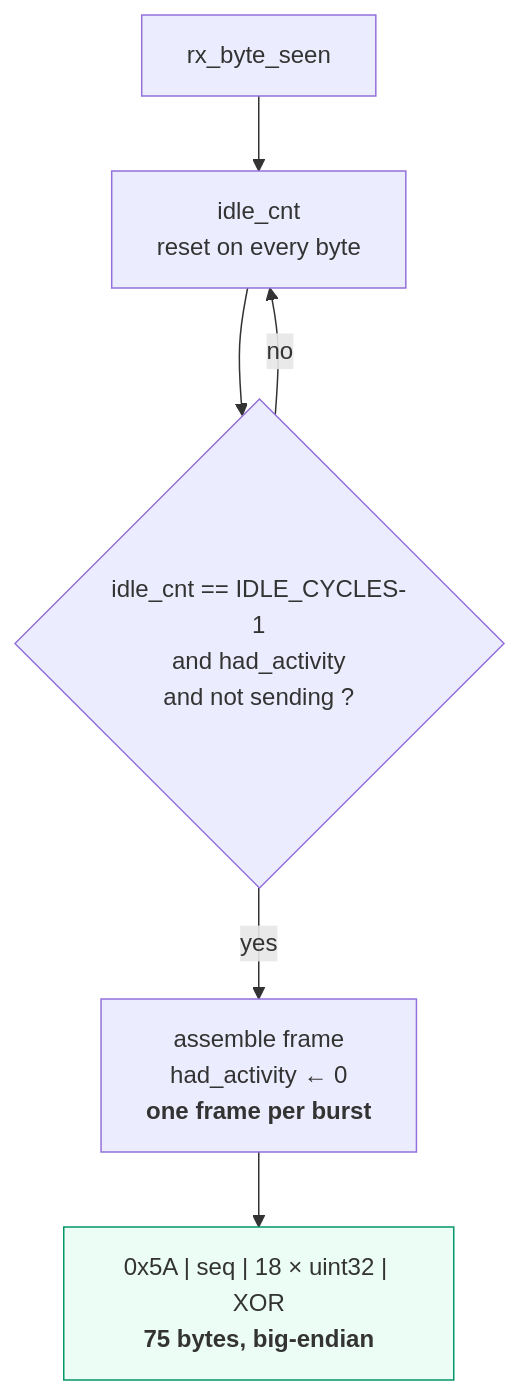
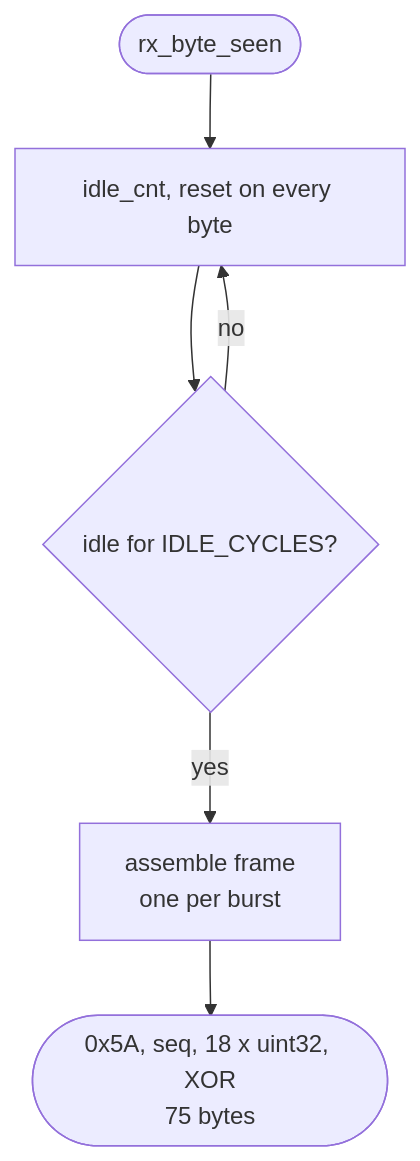
The fifth of 6 diagrams in docs/diagrams/io_uart.md (Rushmello369/fpga-feed-handler), drawn with Mermaid before and after one commit. The commit also changed other lines of this file and 12 other files, not shown here.

Commit message:
add diagrams for system and module architectures

````diff
--- a/docs/diagrams/io_uart.md
+++ b/docs/diagrams/io_uart.md
@@ -132,11 +95,8 @@
 ```mermaid
 flowchart TD
-    RX["rx_byte_seen"] --> TMR["idle_cnt<br/>reset on every byte"]
-    TMR --> Q{"idle_cnt == IDLE_CYCLES-1<br/>and had_activity<br/>and not sending ?"}
+    RX([rx_byte_seen]) --> TMR[idle_cnt, reset on every byte]
+    TMR --> Q{idle for IDLE_CYCLES?}
     Q -->|no| TMR
-    Q -->|yes| EMIT["assemble frame<br/>had_activity ← 0<br/><b>one frame per burst</b>"]
-    EMIT --> FR["0x5A | seq | 18 × uint32 | XOR<br/><b>75 bytes, big-endian</b>"]
-
-    classDef good fill:#ecfdf5,stroke:#059669
-    class FR good
+    Q -->|yes| EMIT[assemble frame<br/>one per burst]
+    EMIT --> FR([0x5A, seq, 18 x uint32, XOR<br/>75 bytes])
 ```
````
